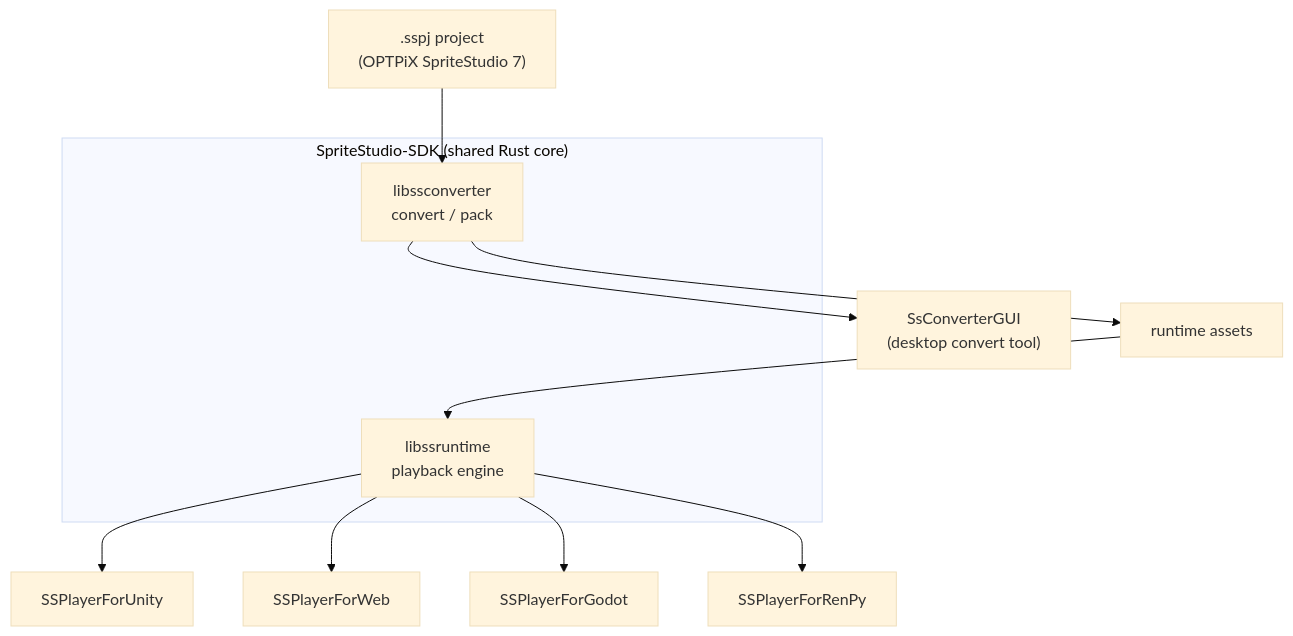
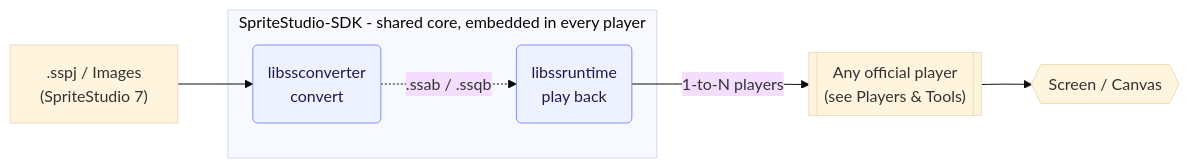
Before and after one commit to cri-middleware/SpriteStudio-Docs: the diagram in docs/en/overview/ecosystem.md, drawn with Mermaid (base theme). The commit also changed other lines of this file and 27 other files, not shown here.

````diff
--- a/docs/en/overview/ecosystem.md
+++ b/docs/en/overview/ecosystem.md
@@ -7,19 +11,19 @@
 ```mermaid
-flowchart TD
-    SSPJ[".sspj project<br/>(OPTPiX SpriteStudio 7)"] --> CONV
+graph LR
+    SS[" .sspj / Images<br/>(SpriteStudio 7) "]
 
-    subgraph SDK["SpriteStudio-SDK (shared Rust core)"]
-        CONV["libssconverter<br/>convert / pack"]
-        RT["libssruntime<br/>playback engine"]
+    subgraph SDK ["SpriteStudio-SDK - shared core, embedded in every player"]
+        CONV(" libssconverter<br/>convert ")
+        RT(" libssruntime<br/>play back ")
     end
 
-    CONV --> ASSET["runtime assets"]
-    ASSET --> RT
+    PLAYER[[" Any official player<br/>(see Players &amp; Tools) "]]
+    SCREEN{{" Screen / Canvas "}}
 
-    RT --> UNITY["SSPlayerForUnity"]
-    RT --> WEB["SSPlayerForWeb"]
-    RT --> GODOT["SSPlayerForGodot"]
-    RT --> RENPY["SSPlayerForRenPy"]
+    SS --> CONV
+    CONV -. ".ssab / .ssqb" .-> RT
+    RT -- "1-to-N players" --> PLAYER --> SCREEN
 
-    CONV --> GUI["SsConverterGUI<br/>(desktop convert tool)"]
+    classDef sdk fill:#eef2ff,stroke:#818cf8,color:#1e1b4b;
+    class CONV,RT sdk;
 ```
````
